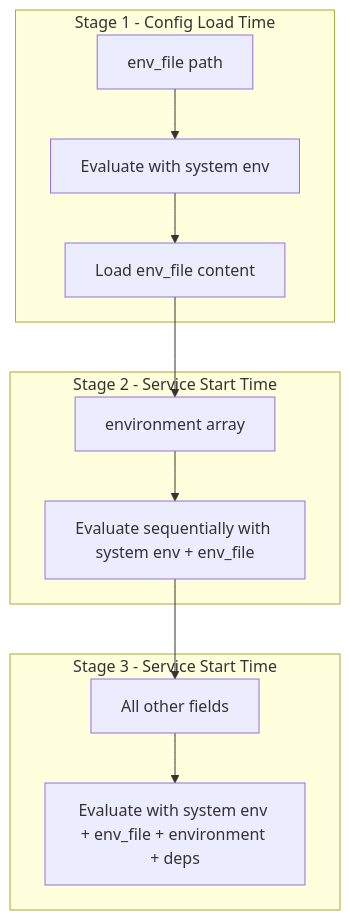
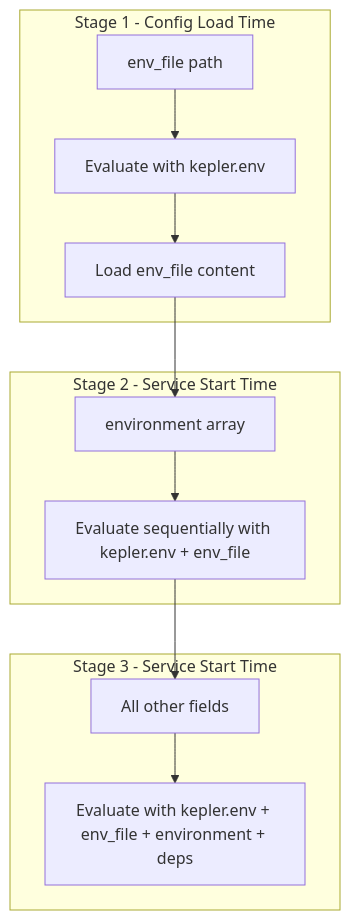
The eighth of 9 diagrams in docs/architecture.md (maleus-ai/kepler), drawn with Mermaid before and after one commit. The commit also changed other lines of this file and 82 other files, not shown here.

````diff
--- a/docs/architecture.md
+++ b/docs/architecture.md
@@ -416,15 +416,15 @@
 ```mermaid
 flowchart TD
     subgraph Stage1[Stage 1 - Config Load Time]
-        A[env_file path] --> B[Evaluate with system env]
+        A[env_file path] --> B[Evaluate with kepler.env]
         B --> C[Load env_file content]
     end
     subgraph Stage2[Stage 2 - Service Start Time]
         C --> D[environment array]
-        D --> E[Evaluate sequentially with system env + env_file]
+        D --> E[Evaluate sequentially with kepler.env + env_file]
     end
     subgraph Stage3[Stage 3 - Service Start Time]
         E --> F[All other fields]
-        F --> G[Evaluate with system env + env_file + environment + deps]
+        F --> G[Evaluate with kepler.env + env_file + environment + deps]
     end
 ```
````
